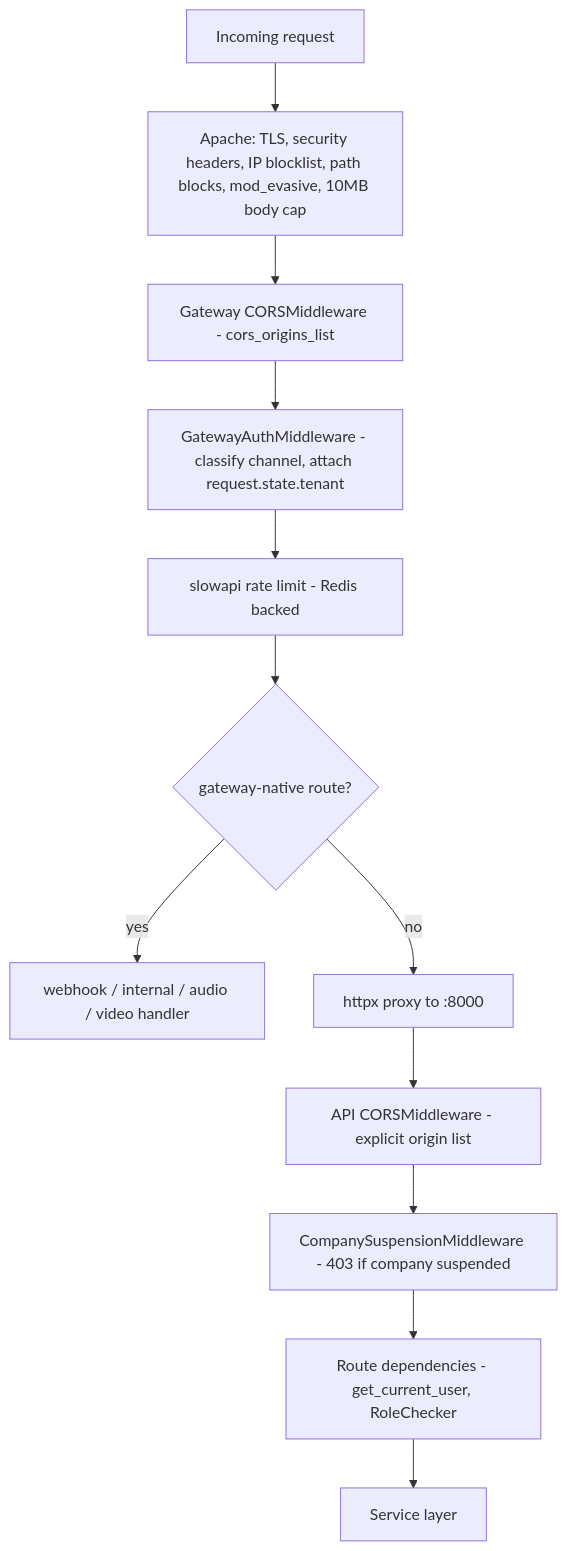
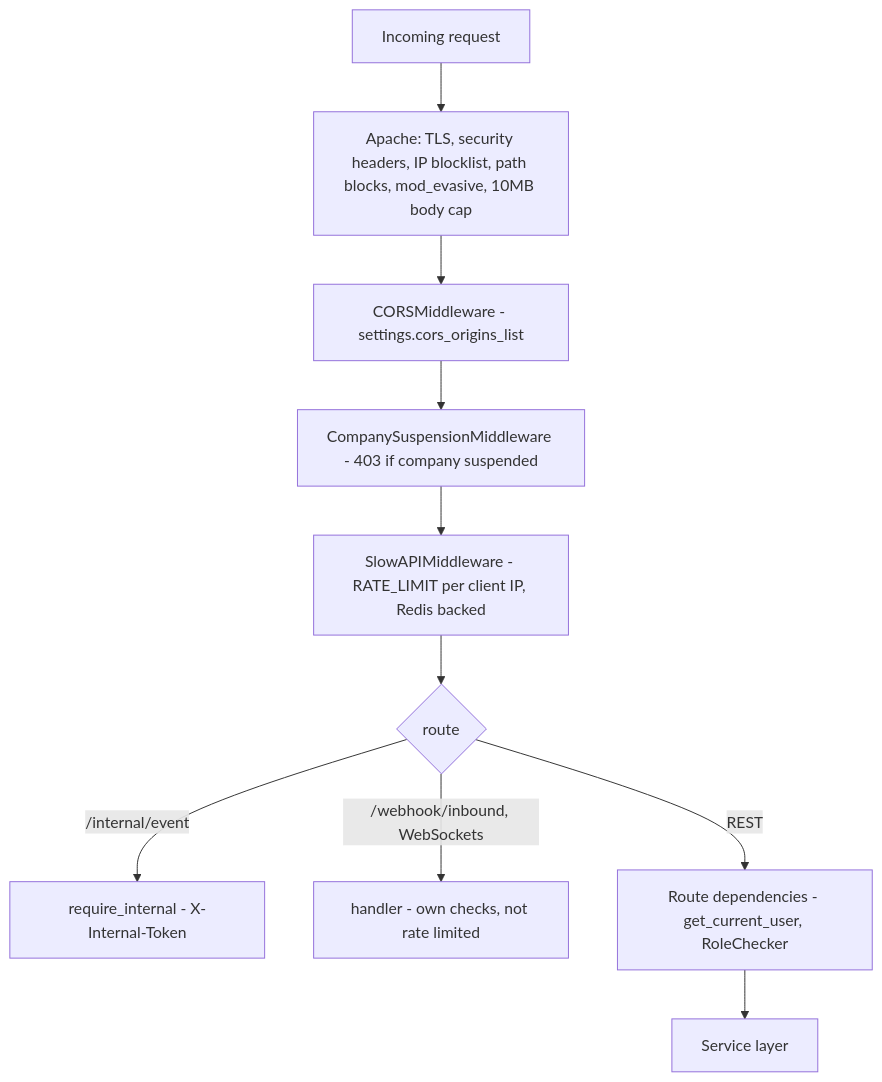
Before and after one commit to gondolerahul/hire-buddha-app: diagram 18 of 19 in docs/current/02-system-architecture.md, drawn with Mermaid. The commit also changed other lines of this file and 61 other files, not shown here.

````diff
--- a/docs/current/02-system-architecture.md
+++ b/docs/current/02-system-architecture.md
@@ -1315,14 +1232,12 @@
 ```mermaid
 flowchart TD
     REQ["Incoming request"] --> AP["Apache: TLS, security headers, IP blocklist, path blocks, mod_evasive, 10MB body cap"]
-    AP --> GWCORS["Gateway CORSMiddleware - cors_origins_list"]
-    GWCORS --> GWAUTH["GatewayAuthMiddleware - classify channel, attach request.state.tenant"]
-    GWAUTH --> RL["slowapi rate limit - Redis backed"]
-    RL --> ROUTE{"gateway-native route?"}
-    ROUTE -->|yes| NATIVE["webhook / internal / audio / video handler"]
-    ROUTE -->|no| PROXY["httpx proxy to :8000"]
-    PROXY --> APICORS["API CORSMiddleware - explicit origin list"]
-    APICORS --> SUSP["CompanySuspensionMiddleware - 403 if company suspended"]
-    SUSP --> DEP["Route dependencies - get_current_user, RoleChecker"]
+    AP --> CORS["CORSMiddleware - settings.cors_origins_list"]
+    CORS --> SUSP["CompanySuspensionMiddleware - 403 if company suspended"]
+    SUSP --> RL["SlowAPIMiddleware - RATE_LIMIT per client IP, Redis backed"]
+    RL --> ROUTE{"route"}
+    ROUTE -->|"/internal/event"| INT["require_internal - X-Internal-Token"]
+    ROUTE -->|"/webhook/inbound, WebSockets"| NATIVE["handler - own checks, not rate limited"]
+    ROUTE -->|"REST"| DEP["Route dependencies - get_current_user, RoleChecker"]
     DEP --> SVC["Service layer"]
 ```
````
